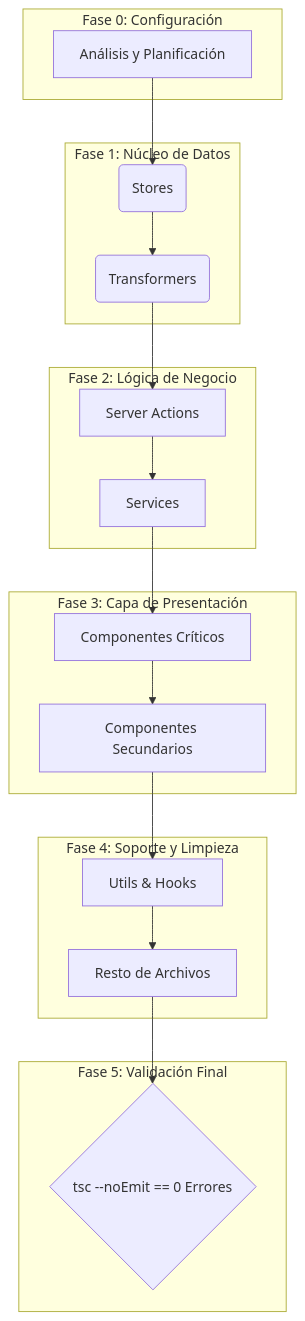
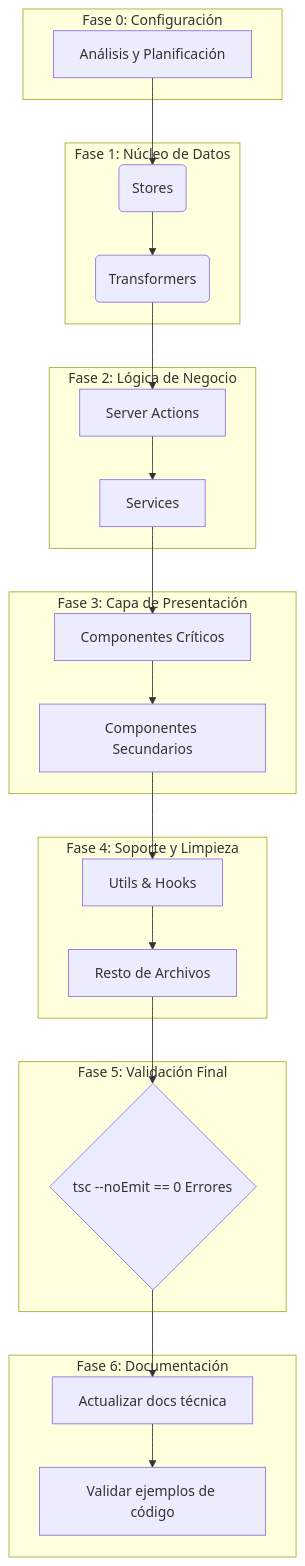
Before and after one commit to gvastethecreator/media-manager: the second of 2 diagrams in CURRENT-TASK.md, drawn with Mermaid. The commit also changed other lines of this file and 198 other files, not shown here.

````diff
--- a/CURRENT-TASK.md
+++ b/CURRENT-TASK.md
@@ -22,28 +54,33 @@
 ```mermaid
 graph TD
     subgraph "Fase 0: Configuración"
         A[Análisis y Planificación]
     end
 
     subgraph "Fase 1: Núcleo de Datos"
         B(Stores) --> C(Transformers)
     end
 
     subgraph "Fase 2: Lógica de Negocio"
         C --> D[Server Actions] --> E[Services]
     end
 
     subgraph "Fase 3: Capa de Presentación"
         E --> F[Componentes Críticos] --> G[Componentes Secundarios]
     end
 
     subgraph "Fase 4: Soporte y Limpieza"
         G --> H[Utils & Hooks] --> I[Resto de Archivos]
     end
 
     subgraph "Fase 5: Validación Final"
         I --> J{tsc --noEmit == 0 Errores}
     end
 
+    subgraph "Fase 6: Documentación"
+        J --> K[Actualizar docs técnica]
+        K --> L[Validar ejemplos de código]
+    end
+
     A --> B
 ```
````
